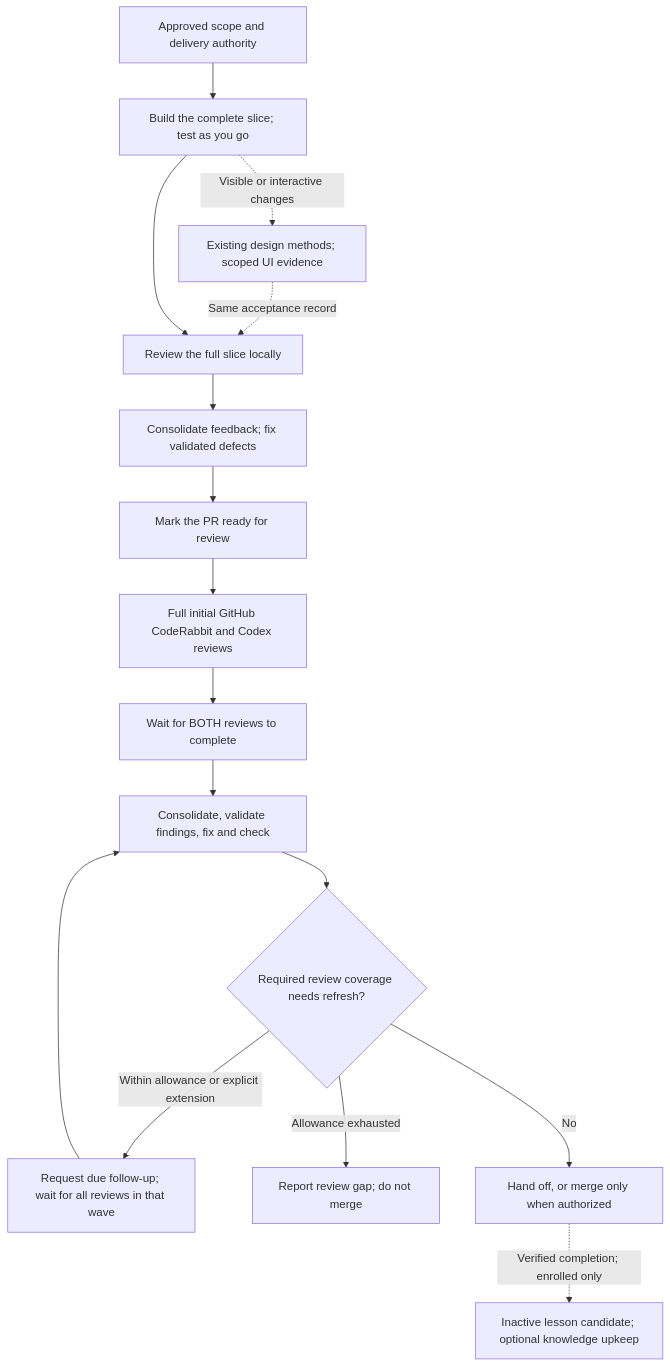
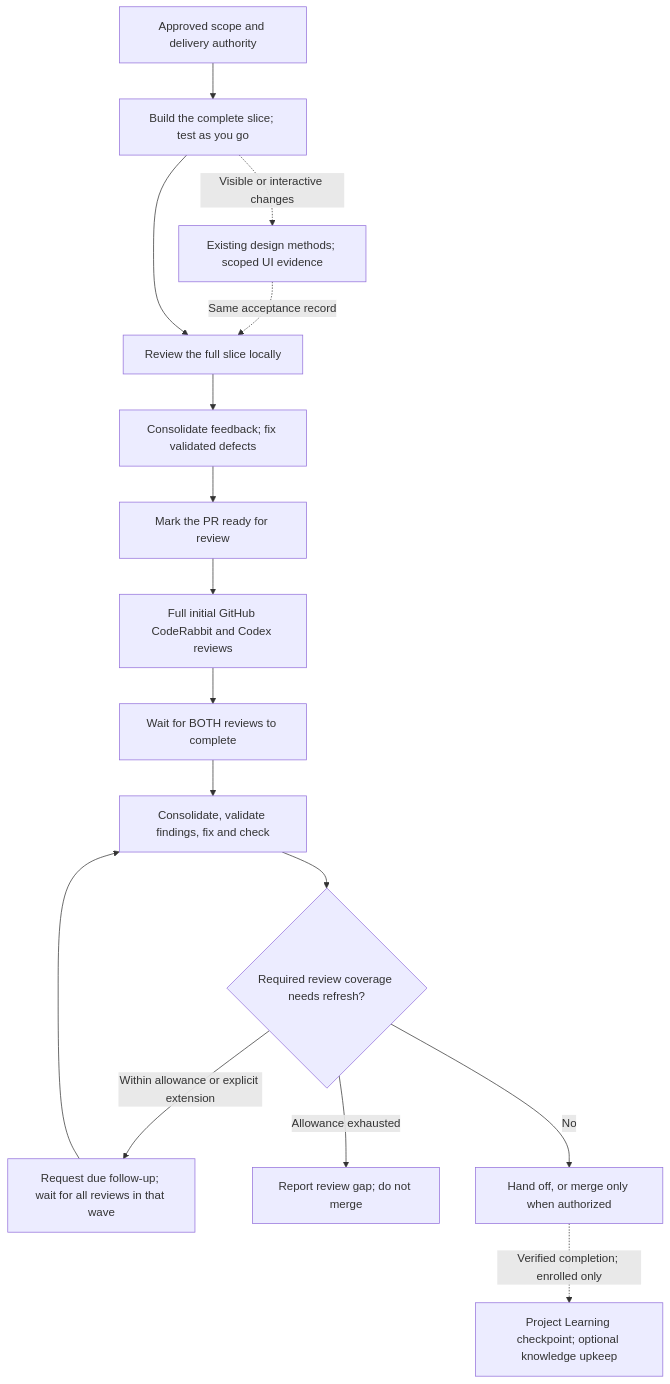
Before and after one commit to digitalpilipinas/rogemar-agent-toolkit: the third of 4 diagrams in README.md, drawn with Mermaid. The commit also changed other lines of this file and 12 other files, not shown here.

````diff
--- a/README.md
+++ b/README.md
@@ -299,18 +306,18 @@
 ```mermaid
 flowchart TD
     plan["Approved scope and delivery authority"] --> build["Build the complete slice; test as you go"]
     build -. "Visible or interactive changes" .-> ui["Existing design methods; scoped UI evidence"]
     ui -. "Same acceptance record" .-> local
     build --> local["Review the full slice locally"]
     local --> fixes["Consolidate feedback; fix validated defects"]
     fixes --> ready["Mark the PR ready for review"]
     ready --> cloud["Full initial GitHub CodeRabbit and Codex reviews"]
     cloud --> both["Wait for BOTH reviews to complete"]
     both --> finish["Consolidate, validate findings, fix and check"]
     finish --> due{"Required review coverage needs refresh?"}
     due -->|"Within allowance or explicit extension"| follow["Request due follow-up; wait for all reviews in that wave"]
     follow --> finish
     due -->|"Allowance exhausted"| blocked["Report review gap; do not merge"]
     due -->|"No"| handoff["Hand off, or merge only when authorized"]
-    handoff -. "Verified completion; enrolled only" .-> learn["Inactive lesson candidate; optional knowledge upkeep"]
+    handoff -. "Verified completion; enrolled only" .-> learn["Project Learning checkpoint; optional knowledge upkeep"]
 ```
````
